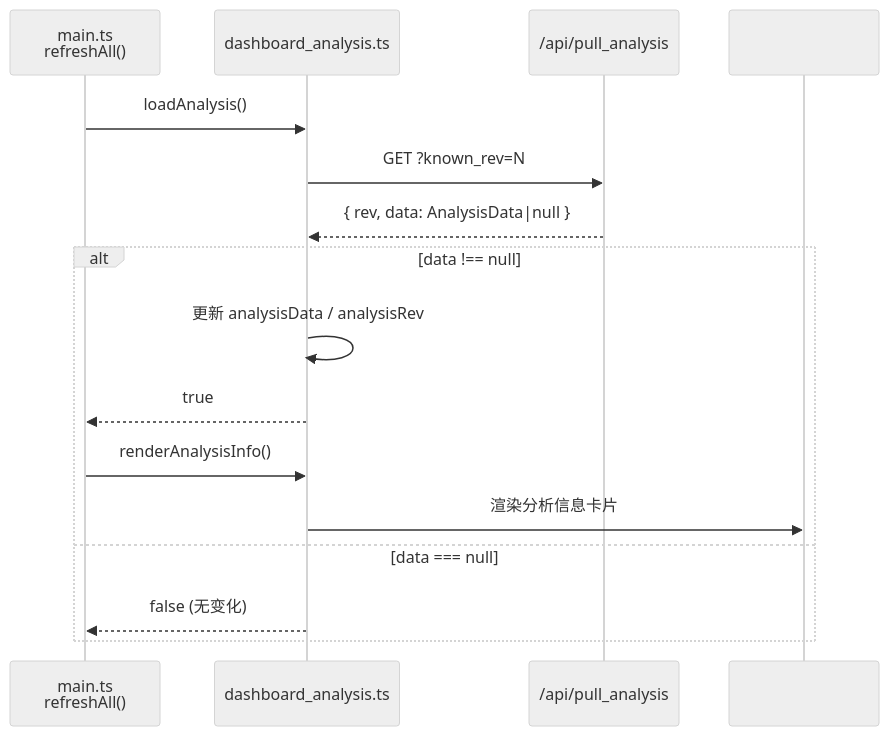
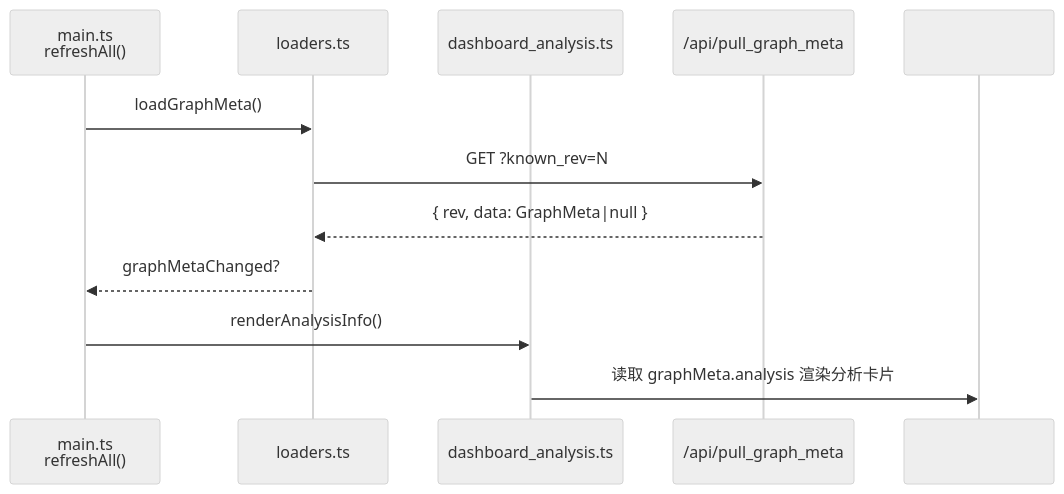
One commit to Mr-xiaotian/celestialflow-web changed the diagram in docs/zh-CN/src/static/ts/dashboard_analysis.md. Above: the diagram before and after it, drawn with Mermaid (neutral theme). The commit also changed other lines of this file and 46 other files, not shown here.

````diff
--- a/docs/zh-CN/src/static/ts/dashboard_analysis.md
+++ b/docs/zh-CN/src/static/ts/dashboard_analysis.md
@@ -57,19 +41,15 @@
 ```mermaid
 sequenceDiagram
     participant Main as main.ts<br/>refreshAll()
+    participant Loaders as loaders.ts
     participant Analysis as dashboard_analysis.ts
-    participant API as /api/pull_analysis
+    participant API as /api/pull_graph_meta
     participant DOM as #analysis-info
 
-    Main->>Analysis: loadAnalysis()
-    Analysis->>API: GET ?known_rev=N
-    API-->>Analysis: { rev, data: AnalysisData|null }
-    alt data !== null
-        Analysis->>Analysis: 更新 analysisData / analysisRev
-        Analysis-->>Main: true
-        Main->>Analysis: renderAnalysisInfo()
-        Analysis->>DOM: 渲染分析信息卡片
-    else data === null
-        Analysis-->>Main: false (无变化)
-    end
+    Main->>Loaders: loadGraphMeta()
+    Loaders->>API: GET ?known_rev=N
+    API-->>Loaders: { rev, data: GraphMeta|null }
+    Loaders-->>Main: graphMetaChanged?
+    Main->>Analysis: renderAnalysisInfo()
+    Analysis->>DOM: 读取 graphMeta.analysis 渲染分析卡片
 ```
````
